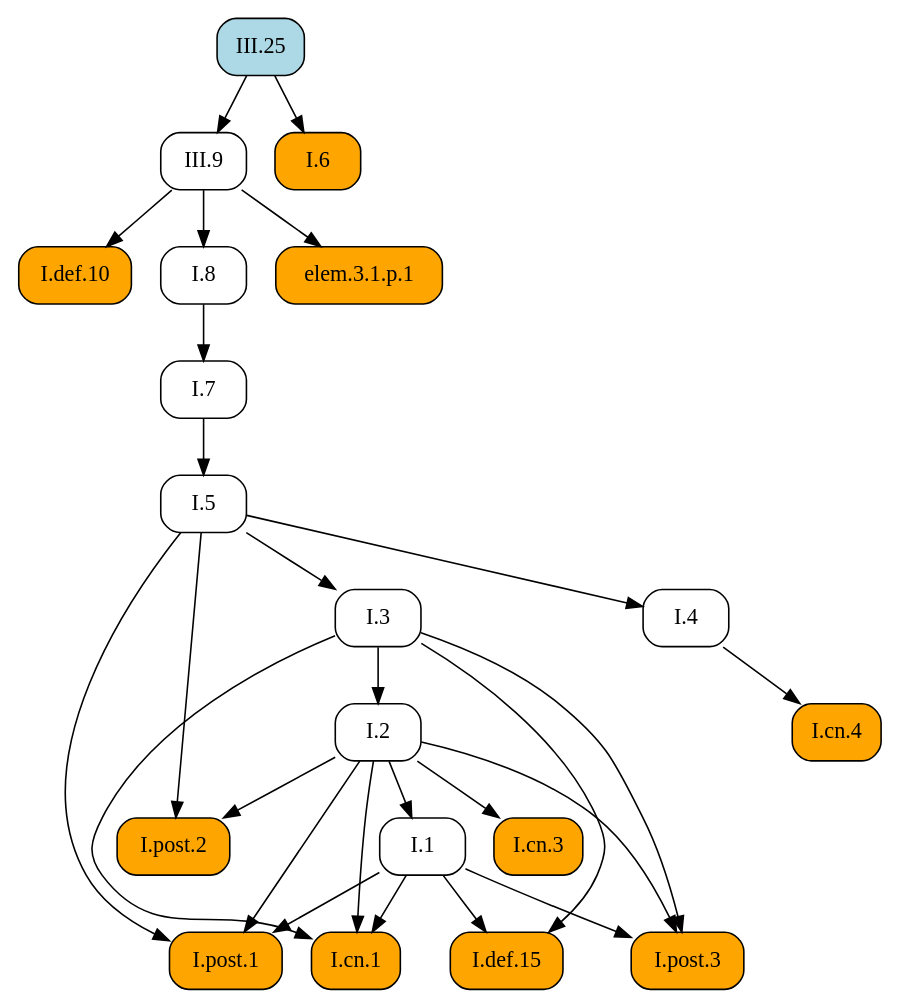
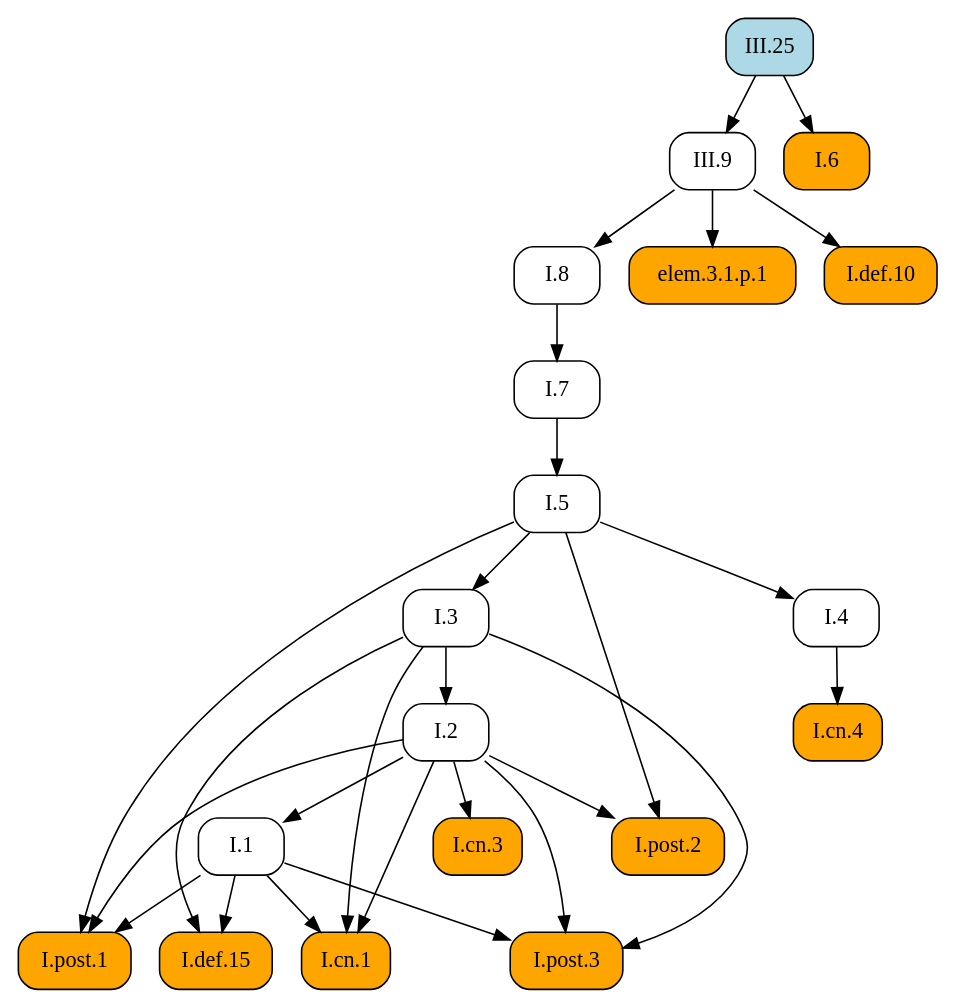
The diagram in docsrc/elements2/III/25/index.rst (geometor/elements), drawn with Graphviz before and after one commit. The commit also changed other lines of this file and 171 other files, not shown here.

```diff
--- a/docsrc/elements2/III/25/index.rst
+++ b/docsrc/elements2/III/25/index.rst
@@ -93,51 +93,51 @@
 .. graphviz::
 
    digraph {
      rankdir="TB";
      node [shape=box, style=rounded];
-     "III.9" [URL="/elements2/III/9/", target="_top"];
+     "I.8" [URL="/elements2/I/8/", target="_top"];
+     "I.1" [URL="/elements2/I/1/", target="_top"];
+     "I.cn.4" [style="rounded,filled", fillcolor=orange, URL="/elements2/I/cn.4/", target="_top"];
+     "I.cn.3" [style="rounded,filled", fillcolor=orange, URL="/elements2/I/cn.3/", target="_top"];
+     "I.7" [URL="/elements2/I/7/", target="_top"];
+     "I.post.1" [style="rounded,filled", fillcolor=orange, URL="/elements2/I/post.1/", target="_top"];
+     "elem.3.1.p.1" [style="rounded,filled", fillcolor=orange];
+     "I.5" [URL="/elements2/I/5/", target="_top"];
+     "I.cn.1" [style="rounded,filled", fillcolor=orange, URL="/elements2/I/cn.1/", target="_top"];
      "I.def.10" [style="rounded,filled", fillcolor=orange, URL="/elements2/I/def.10/", target="_top"];
-     "I.8" [URL="/elements2/I/8/", target="_top"];
      "I.2" [URL="/elements2/I/2/", target="_top"];
      "I.def.15" [style="rounded,filled", fillcolor=orange, URL="/elements2/I/def.15/", target="_top"];
-     "I.cn.4" [style="rounded,filled", fillcolor=orange, URL="/elements2/I/cn.4/", target="_top"];
+     "I.4" [URL="/elements2/I/4/", target="_top"];
+     "I.3" [URL="/elements2/I/3/", target="_top"];
+     "I.post.2" [style="rounded,filled", fillcolor=orange, URL="/elements2/I/post.2/", target="_top"];
+     "I.6" [style="rounded,filled", fillcolor=orange, URL="/elements2/I/6/", target="_top"];
+     "III.25" [style="rounded,filled", fillcolor=lightblue, URL="/elements2/III/25/", target="_top"];
+     "III.9" [URL="/elements2/III/9/", target="_top"];
      "I.post.3" [style="rounded,filled", fillcolor=orange, URL="/elements2/I/post.3/", target="_top"];
-     "III.25" [style="rounded,filled", fillcolor=lightblue, URL="/elements2/III/25/", target="_top"];
-     "I.1" [URL="/elements2/I/1/", target="_top"];
-     "I.post.2" [style="rounded,filled", fillcolor=orange, URL="/elements2/I/post.2/", target="_top"];
-     "elem.3.1.p.1" [style="rounded,filled", fillcolor=orange];
-     "I.post.1" [style="rounded,filled", fillcolor=orange, URL="/elements2/I/post.1/", target="_top"];
-     "I.7" [URL="/elements2/I/7/", target="_top"];
-     "I.cn.1" [style="rounded,filled", fillcolor=orange, URL="/elements2/I/cn.1/", target="_top"];
-     "I.3" [URL="/elements2/I/3/", target="_top"];
-     "I.6" [style="rounded,filled", fillcolor=orange, URL="/elements2/I/6/", target="_top"];
-     "I.cn.3" [style="rounded,filled", fillcolor=orange, URL="/elements2/I/cn.3/", target="_top"];
-     "I.5" [URL="/elements2/I/5/", target="_top"];
-     "I.4" [URL="/elements2/I/4/", target="_top"];
-     "III.25" -> "III.9";
+     "III.9" -> "I.8";
+     "I.2" -> "I.1";
+     "I.4" -> "I.cn.4";
+     "I.2" -> "I.cn.3";
+     "I.8" -> "I.7";
+     "I.1" -> "I.post.1";
+     "I.2" -> "I.post.1";
+     "I.5" -> "I.post.1";
+     "III.9" -> "elem.3.1.p.1";
+     "I.7" -> "I.5";
+     "I.1" -> "I.cn.1";
+     "I.2" -> "I.cn.1";
+     "I.3" -> "I.cn.1";
      "III.9" -> "I.def.10";
-     "III.9" -> "I.8";
      "I.3" -> "I.2";
      "I.1" -> "I.def.15";
      "I.3" -> "I.def.15";
-     "I.4" -> "I.cn.4";
+     "I.5" -> "I.4";
+     "I.5" -> "I.3";
+     "I.2" -> "I.post.2";
+     "I.5" -> "I.post.2";
+     "III.25" -> "I.6";
+     "III.25" -> "III.9";
      "I.1" -> "I.post.3";
      "I.2" -> "I.post.3";
      "I.3" -> "I.post.3";
-     "I.2" -> "I.1";
-     "I.2" -> "I.post.2";
-     "I.5" -> "I.post.2";
-     "III.9" -> "elem.3.1.p.1";
-     "I.1" -> "I.post.1";
-     "I.2" -> "I.post.1";
-     "I.5" -> "I.post.1";
-     "I.8" -> "I.7";
-     "I.1" -> "I.cn.1";
-     "I.2" -> "I.cn.1";
-     "I.3" -> "I.cn.1";
-     "I.5" -> "I.3";
-     "III.25" -> "I.6";
-     "I.2" -> "I.cn.3";
-     "I.7" -> "I.5";
-     "I.5" -> "I.4";
    }
```
